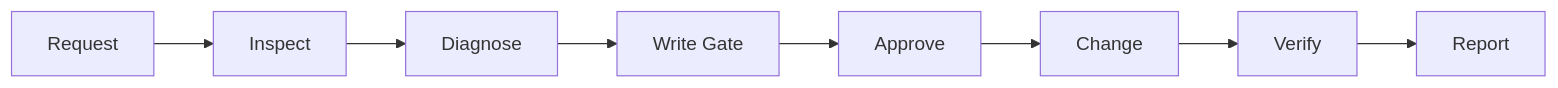
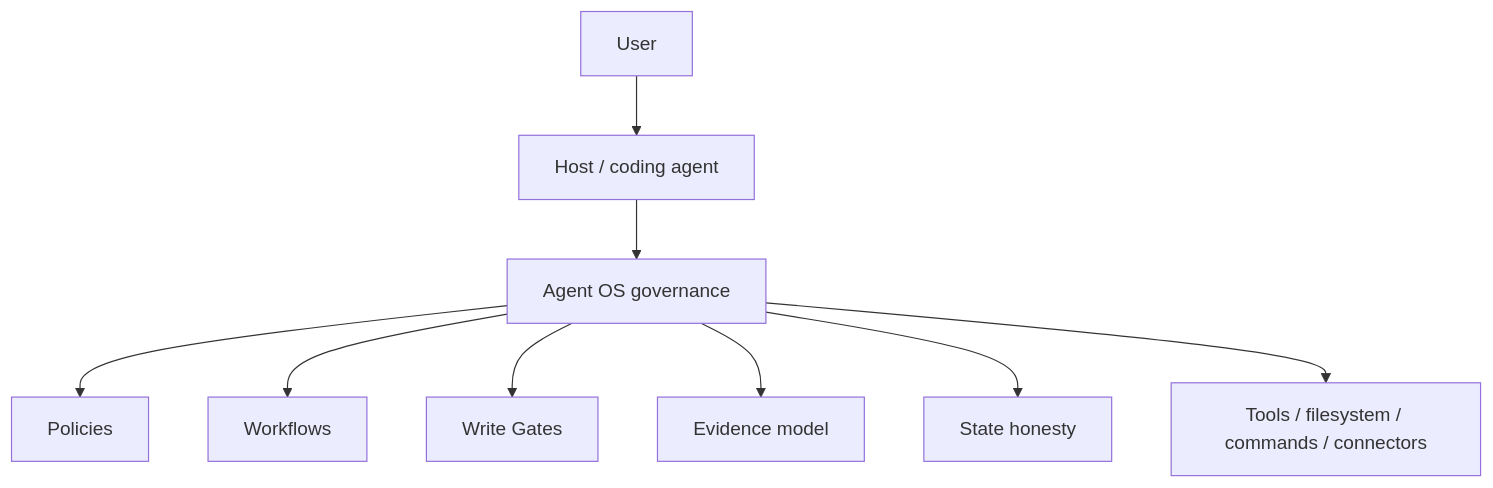
One commit to mibrahimdesign/agent-os-skill changed the diagram in README.md. Above: the diagram before and after it, drawn with Mermaid. The commit also changed other lines of this file and 7 other files, not shown here.

First line of the commit message:
Add SVG assets for Agent OS Skill governance and workflow visualization

````diff
--- a/README.md
+++ b/README.md
@@ -170,10 +198,11 @@
 ```mermaid
-flowchart LR
-    A[Request] --> B[Inspect]
-    B --> C[Diagnose]
-    C --> D[Write Gate]
-    D --> E[Approve]
-    E --> F[Change]
-    F --> G[Verify]
-    G --> H[Report]
+flowchart TD
+    U[User] --> H[Host / coding agent]
+    H --> G[Agent OS governance]
+    G --> P[Policies]
+    G --> W[Workflows]
+    G --> WG[Write Gates]
+    G --> E[Evidence model]
+    G --> S[State honesty]
+    G --> T[Tools / filesystem / commands / connectors]
 ```
````
